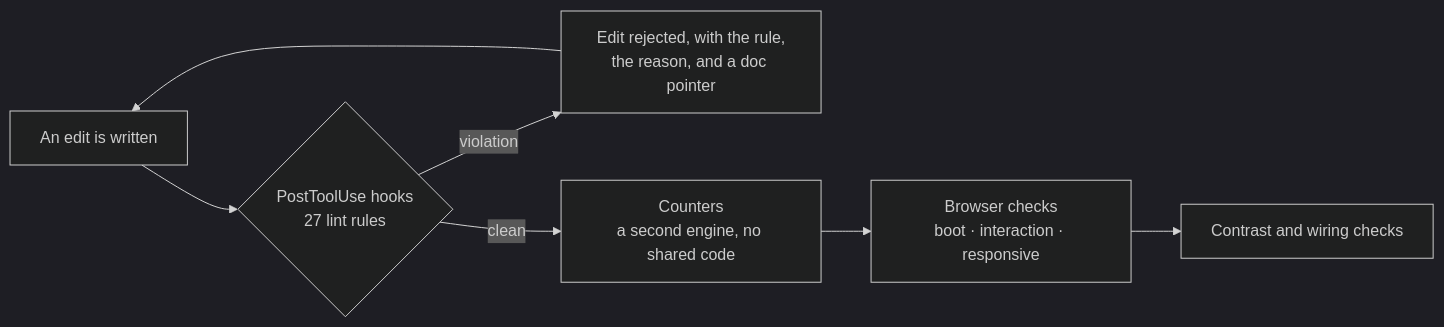
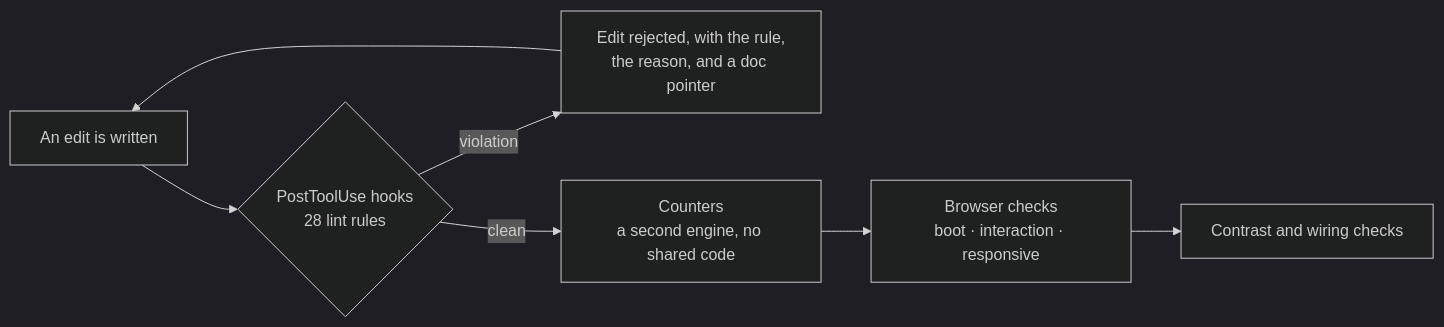
The diagram in README.md (satish-krishna/angular-jig), drawn with Mermaid (dark theme) before and after one commit. The commit also changed other lines of this file and 22 other files, not shown here.

````diff
--- a/README.md
+++ b/README.md
@@ -58,9 +58,9 @@
 ```mermaid
 flowchart LR
-  A["An edit is written"] --> B{"PostToolUse hooks<br/>27 lint rules"}
+  A["An edit is written"] --> B{"PostToolUse hooks<br/>28 lint rules"}
   B -->|violation| C["Edit rejected, with the rule,<br/>the reason, and a doc pointer"]
   C --> A
   B -->|clean| D["Counters<br/>a second engine, no shared code"]
   D --> E["Browser checks<br/>boot · interaction · responsive"]
   E --> F["Contrast and wiring checks"]
 ```
````
